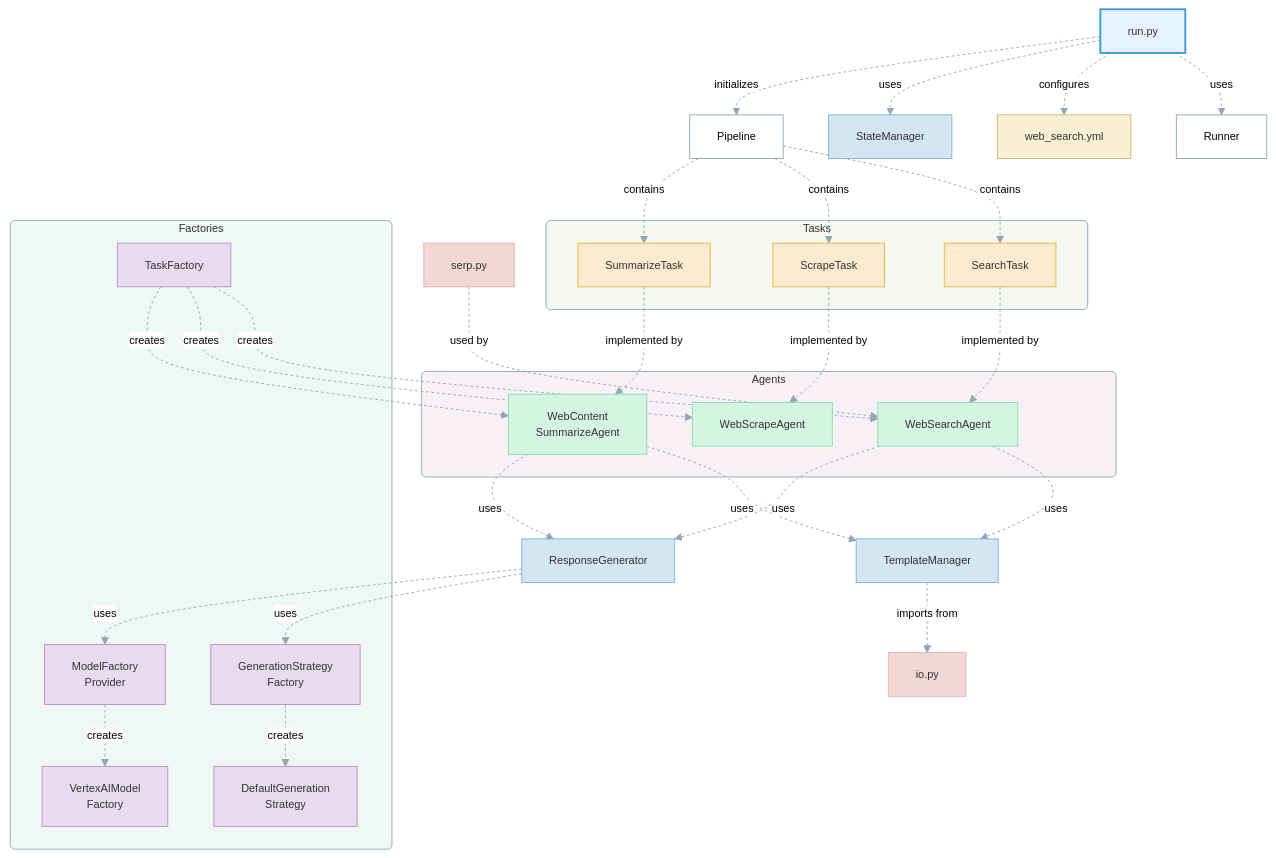
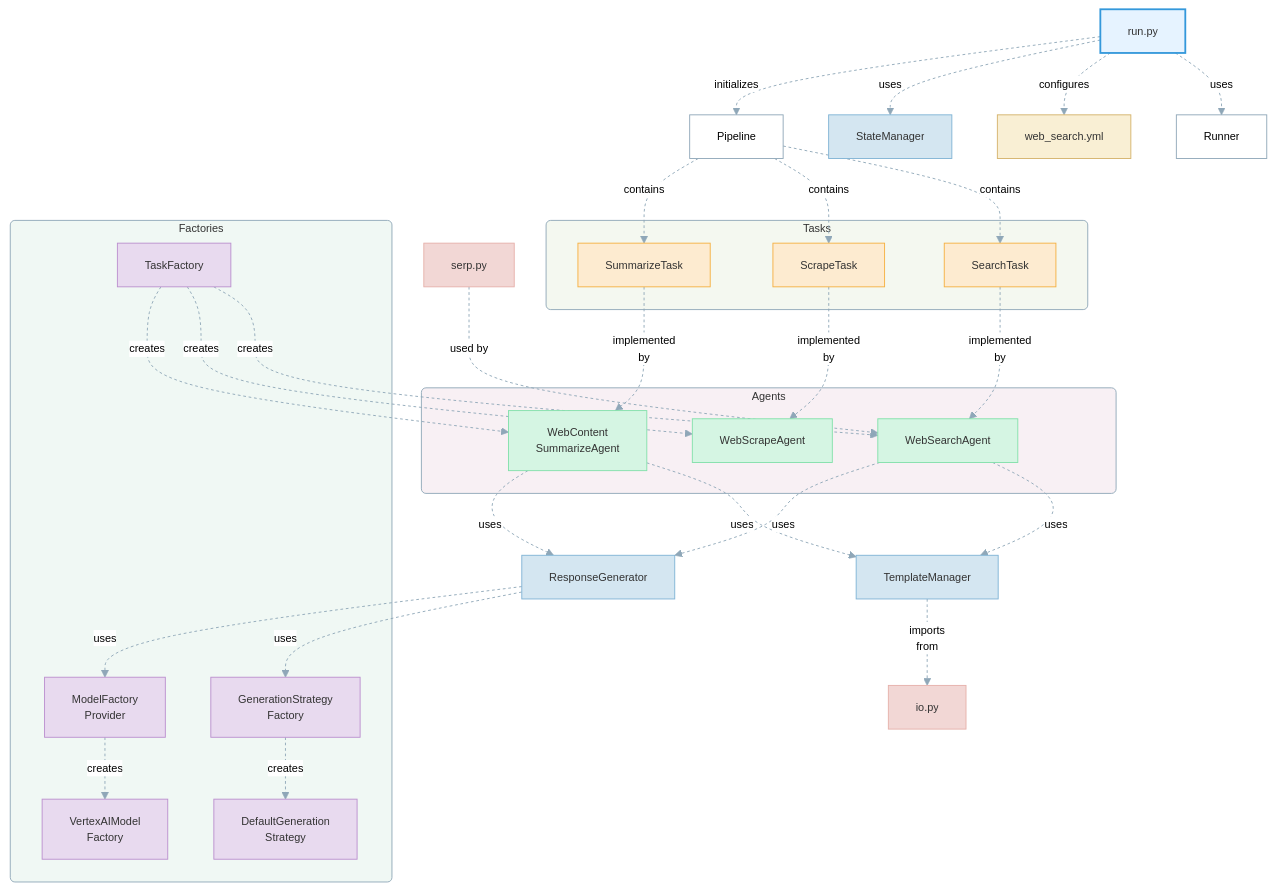
The diagram in img/patterns/web_search.mmd (achimdehnert/Agentic-Workflow-Patterns), drawn with Mermaid before and after one commit.

```diff
--- a/img/patterns/web_search.mmd
+++ b/img/patterns/web_search.mmd
@@ -1,85 +1,85 @@
 %%{init: {
   'theme': 'neutral',
   'themeVariables': {
     'primaryColor': '#f0f4f8',
     'primaryTextColor': '#333',
     'primaryBorderColor': '#8fa7b8',
     'lineColor': '#8fa7b8',
     'secondaryColor': '#f8f0f4',
     'tertiaryColor': '#f4f8f0',
     'fontFamily': 'Trebuchet MS, Arial, sans-serif',
     'fontSize': '12px'
   }
 }}%%
 
 graph TD
     classDef default fill:#fff,stroke:#8fa7b8,stroke-width:1px;
     classDef entrypoint fill:#e6f3ff,color:#333,stroke:#3498db,stroke-width:2px;
     classDef config fill:#f9efd4,color:#333,stroke:#d4b26a;
     classDef core fill:#d4e6f1,color:#333,stroke:#7fb3d5;
     classDef agent fill:#d5f5e3,color:#333,stroke:#82e0aa;
     classDef task fill:#fdebd0,color:#333,stroke:#f5b041;
     classDef factory fill:#e8daef,color:#333,stroke:#bb8fce;
     classDef strategy fill:#d6eaf8,color:#333,stroke:#85c1e9;
     classDef util fill:#f2d7d5,color:#333,stroke:#e6b0aa;
 
     A[run.py] -->|uses| B[Runner]
     A -->|configures| C[web_search.yml]
     A -->|uses| D[StateManager]
     A -->|initializes| E[Pipeline]
 
     E -->|contains| F[SearchTask]
     E -->|contains| G[ScrapeTask]
     E -->|contains| H[SummarizeTask]
 
-    F -.->|implemented by| I[WebSearchAgent]
-    G -.->|implemented by| J[WebScrapeAgent]
-    H -.->|implemented by| K[WebContent<br>SummarizeAgent]
+    F -.->|implemented<br>by| I[WebSearchAgent]
+    G -.->|implemented<br>by| J[WebScrapeAgent]
+    H -.->|implemented<br>by| K[WebContent<br>SummarizeAgent]
 
     I & K -->|uses| L[TemplateManager]
     I & K -->|uses| M[ResponseGenerator]
 
-    L -->|imports from| N[io.py]
+    L -->|imports<br>from| N[io.py]
     M -->|uses| O[GenerationStrategy<br>Factory]
     M -->|uses| P[ModelFactory<br>Provider]
 
     O -->|creates| Q[DefaultGeneration<br>Strategy]
     P -->|creates| R[VertexAIModel<br>Factory]
 
     S[TaskFactory] -.->|creates| I & J & K
 
     T[serp.py] -->|used by| I
 
     class A entrypoint;
     class C config;
     class D,L,M core;
     class I,J,K agent;
     class F,G,H task;
     class N,T util;
     class O,P,Q,R,S factory;
 
     linkStyle default stroke:#8fa7b8,stroke-width:1px,stroke-dasharray: 3 3;
 
     subgraph Tasks
         F
         G
         H
     end
 
     subgraph Agents
         I
         J
         K
     end
 
     subgraph Factories
         O
         P
         Q
         R
         S
     end
 
     style Tasks fill:#f4f8f0,stroke:#8fa7b8,stroke-width:1px,rx:5,ry:5;
     style Agents fill:#f8f0f4,stroke:#8fa7b8,stroke-width:1px,rx:5,ry:5;
     style Factories fill:#f0f8f4,stroke:#8fa7b8,stroke-width:1px,rx:5,ry:5;
```
